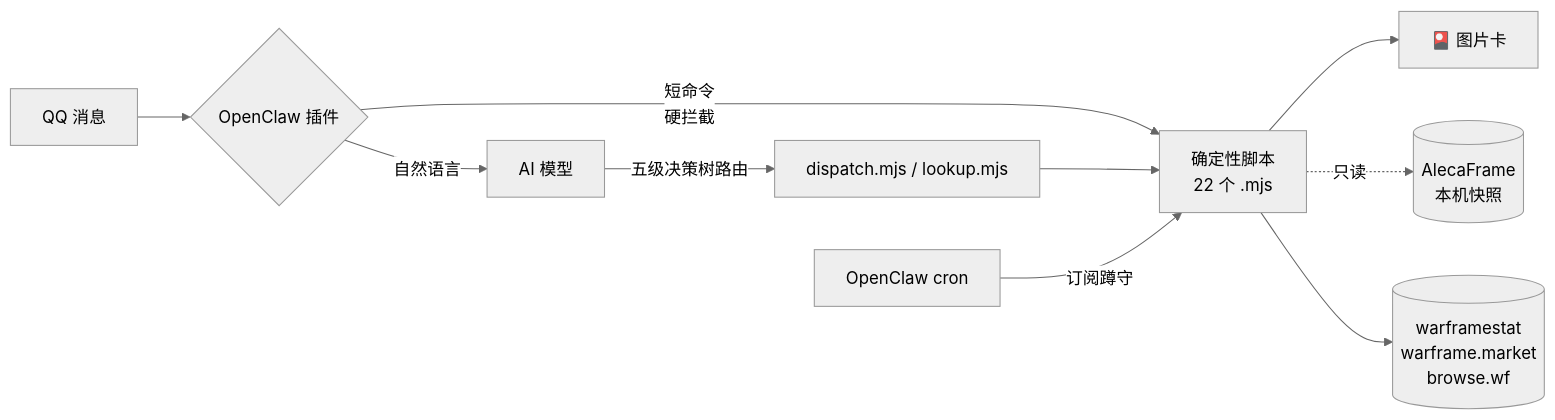
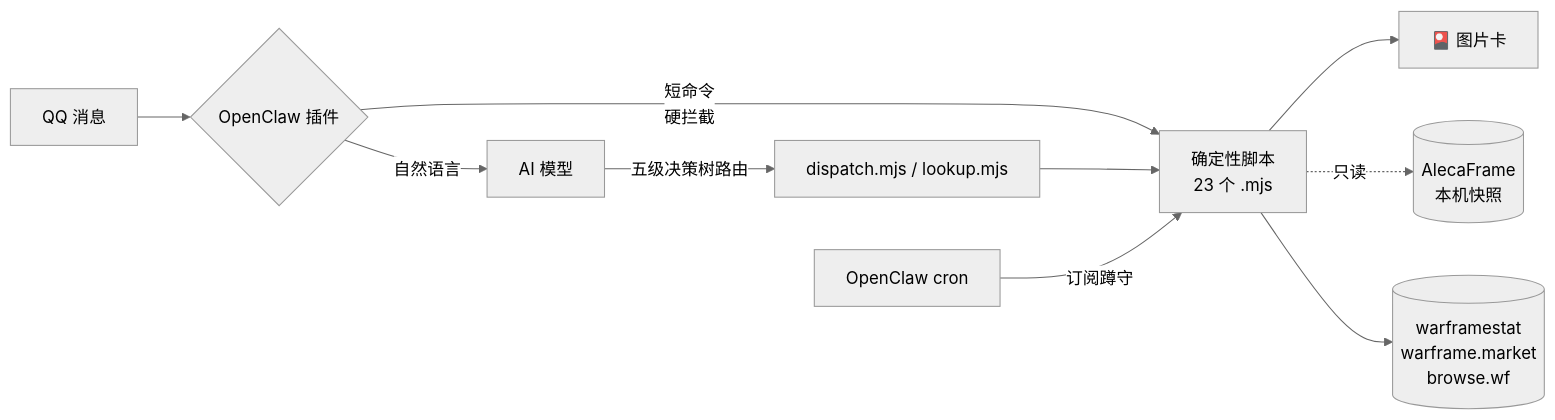
Before and after one commit to FFangx/openclaw-warframe-assistant: the diagram in README.md, drawn with Mermaid (neutral theme). The commit also changed other lines of this file and 20 other files, not shown here.

````diff
--- a/README.md
+++ b/README.md
@@ -60,12 +62,12 @@
 ```mermaid
 flowchart LR
     QQ[QQ 消息] --> P{OpenClaw 插件}
-    P -->|短命令<br/>硬拦截| S[确定性脚本<br/>22 个 .mjs]
+    P -->|短命令<br/>硬拦截| S[确定性脚本<br/>23 个 .mjs]
     P -->|自然语言| AI[AI 模型]
     AI -->|五级决策树路由| D[dispatch.mjs / lookup.mjs]
     D --> S
     S --> C[🎴 图片卡]
     S -.只读.-> A[(AlecaFrame<br/>本机快照)]
     S --> API[(warframestat<br/>warframe.market<br/>browse.wf)]
     CRON[OpenClaw cron] -->|订阅蹲守| S
 ```
````
